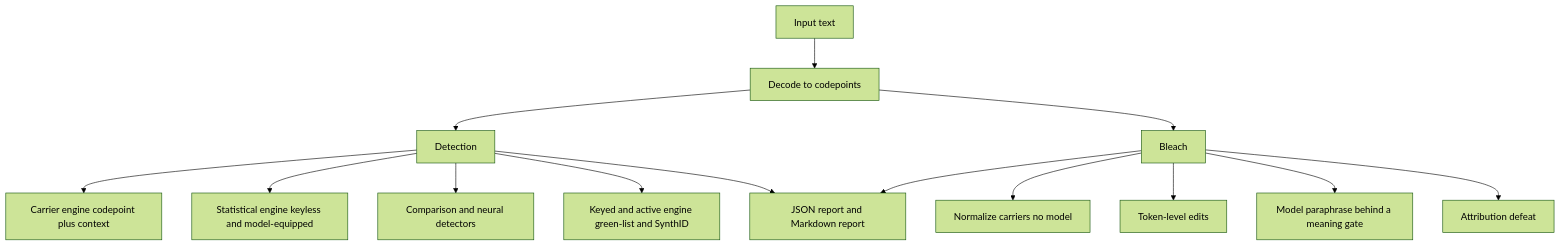
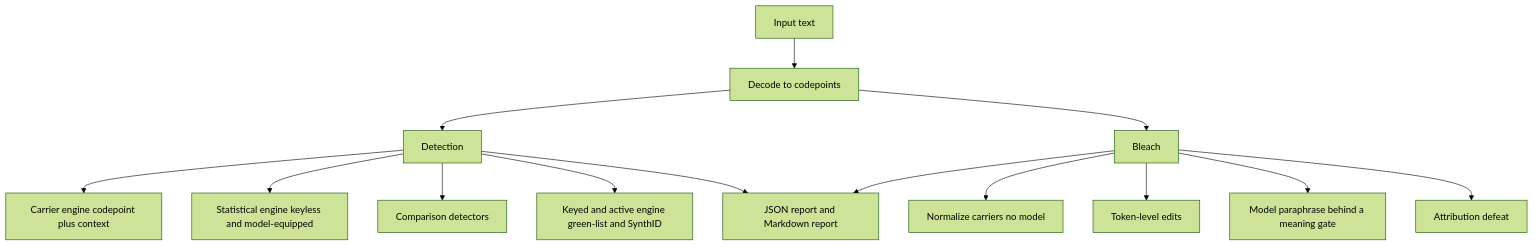
Before and after one commit to rondilley/BleachMark_AI: the diagram in README.md, drawn with Mermaid (forest theme). The commit also changed other lines of this file and 34 other files, not shown here.

````diff
--- a/README.md
+++ b/README.md
@@ -24,29 +24,29 @@
 ```mermaid
 flowchart TD
   IN[Input text]
   DEC[Decode to codepoints]
   DET[Detection]
   BLE[Bleach]
   CAR[Carrier engine codepoint plus context]
   STAT[Statistical engine keyless and model-equipped]
-  CMP[Comparison and neural detectors]
+  CMP[Comparison detectors]
   KEY[Keyed and active engine green-list and SynthID]
   NORM[Normalize carriers no model]
   TOK[Token-level edits]
   PARA[Model paraphrase behind a meaning gate]
   ATTR[Attribution defeat]
   REP[JSON report and Markdown report]
   IN --> DEC
   DEC --> DET
   DEC --> BLE
   DET --> CAR
   DET --> STAT
   DET --> CMP
   DET --> KEY
   BLE --> NORM
   BLE --> TOK
   BLE --> PARA
   BLE --> ATTR
   DET --> REP
   BLE --> REP
 ```
````
